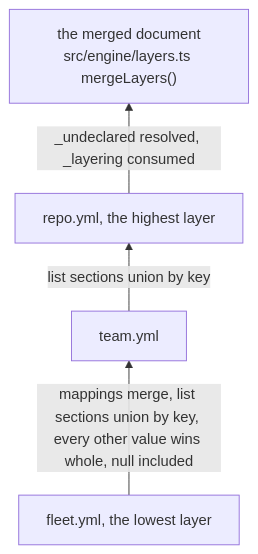
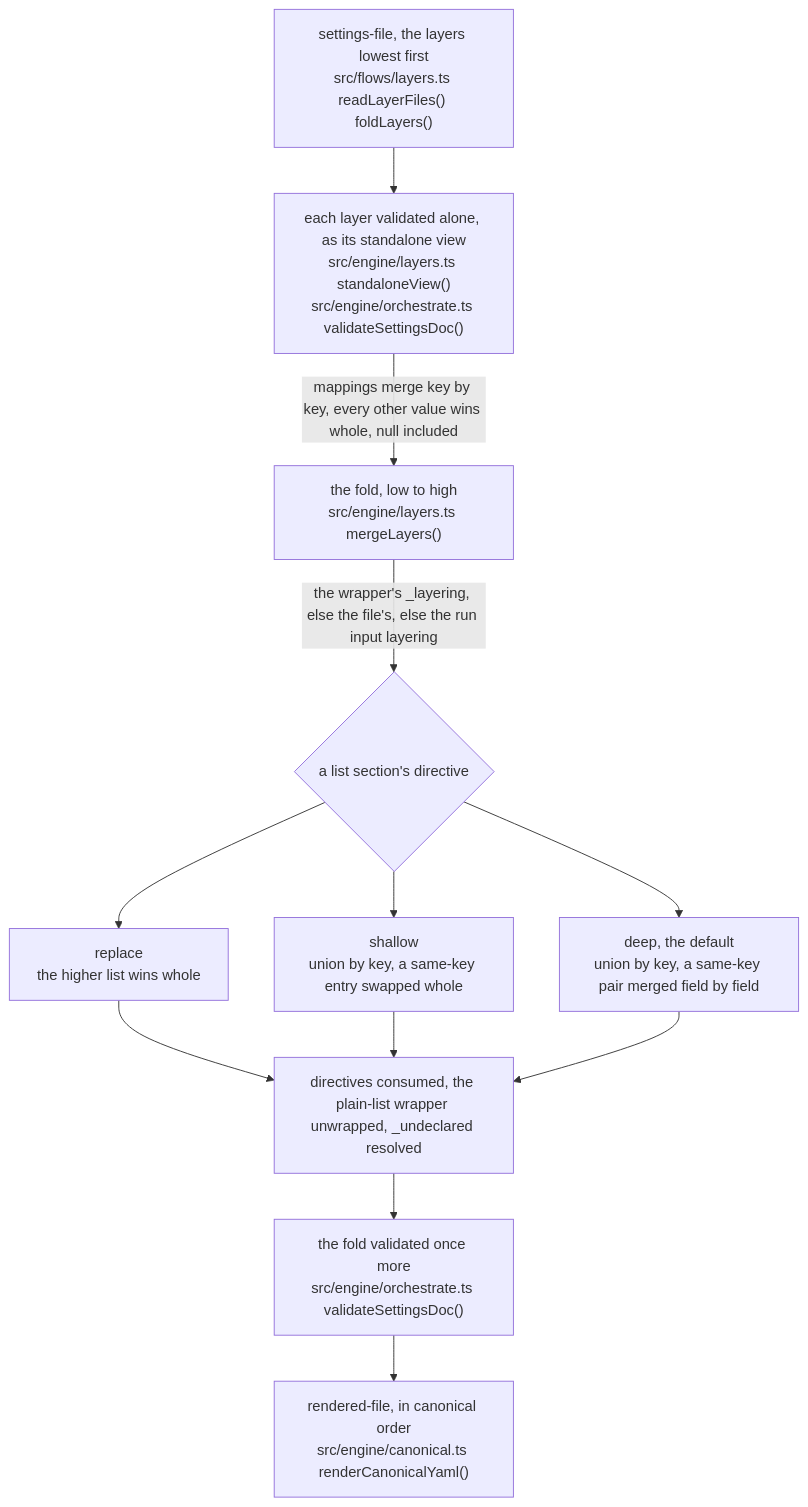
One commit to Vivswan/github-settings-as-code changed the fifth of 9 diagrams in docs/reference/architecture.md. Above: the diagram before and after it, drawn with Mermaid. The commit also changed other lines of this file, not shown here.

Commit message:
docs(architecture): describe the validation phase, the layering fold's three directives, and render mode (#302)

````diff
--- a/docs/reference/architecture.md
+++ b/docs/reference/architecture.md
@@ -104,10 +145,24 @@
 ```mermaid
-flowchart BT
-  fleet["fleet.yml, the lowest layer"]
-  team["team.yml"]
-  repo["repo.yml, the highest layer"]
-  out["the merged document<br>src/engine/layers.ts mergeLayers()"]
-  fleet -->|mappings merge, list sections union by key, every other value wins whole, null included| team
-  team -->|list sections union by key| repo
-  repo -->|_undeclared resolved, _layering consumed| out
+flowchart TD
+  layers["settings-file, the layers lowest first<br>src/flows/layers.ts readLayerFiles() foldLayers()"]
+  each["each layer validated alone, as its standalone view<br>src/engine/layers.ts standaloneView()<br>src/engine/orchestrate.ts validateSettingsDoc()"]
+  fold["the fold, low to high<br>src/engine/layers.ts mergeLayers()"]
+  directive{"a list section's directive"}
+  replace["replace<br>the higher list wins whole"]
+  shallow["shallow<br>union by key, a same-key entry swapped whole"]
+  deep["deep, the default<br>union by key, a same-key pair merged field by field"]
+  consumed["directives consumed, the plain-list wrapper unwrapped, _undeclared resolved"]
+  whole["the fold validated once more<br>src/engine/orchestrate.ts validateSettingsDoc()"]
+  out["rendered-file, in canonical order<br>src/engine/canonical.ts renderCanonicalYaml()"]
+  layers --> each
+  each -->|mappings merge key by key, every other value wins whole, null included| fold
+  fold -->|the wrapper's _layering, else the file's, else the run input layering| directive
+  directive --> replace
+  directive --> shallow
+  directive --> deep
+  replace --> consumed
+  shallow --> consumed
+  deep --> consumed
+  consumed --> whole
+  whole --> out
 ```
````
